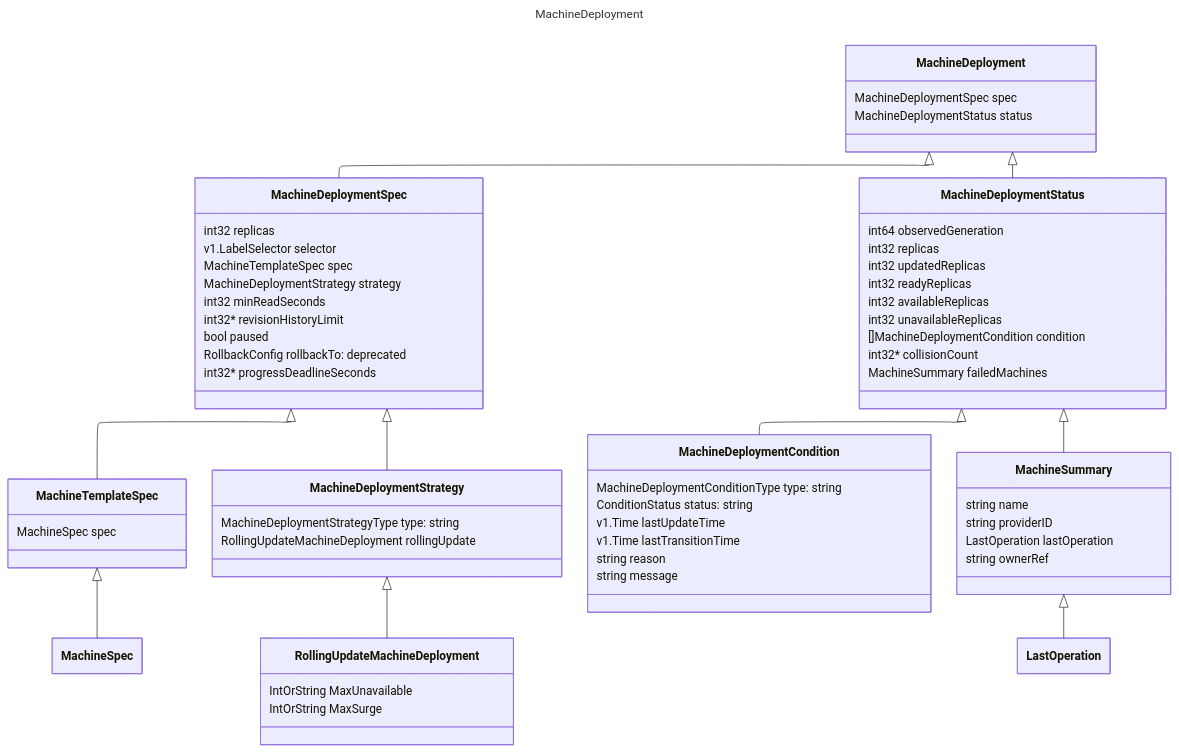
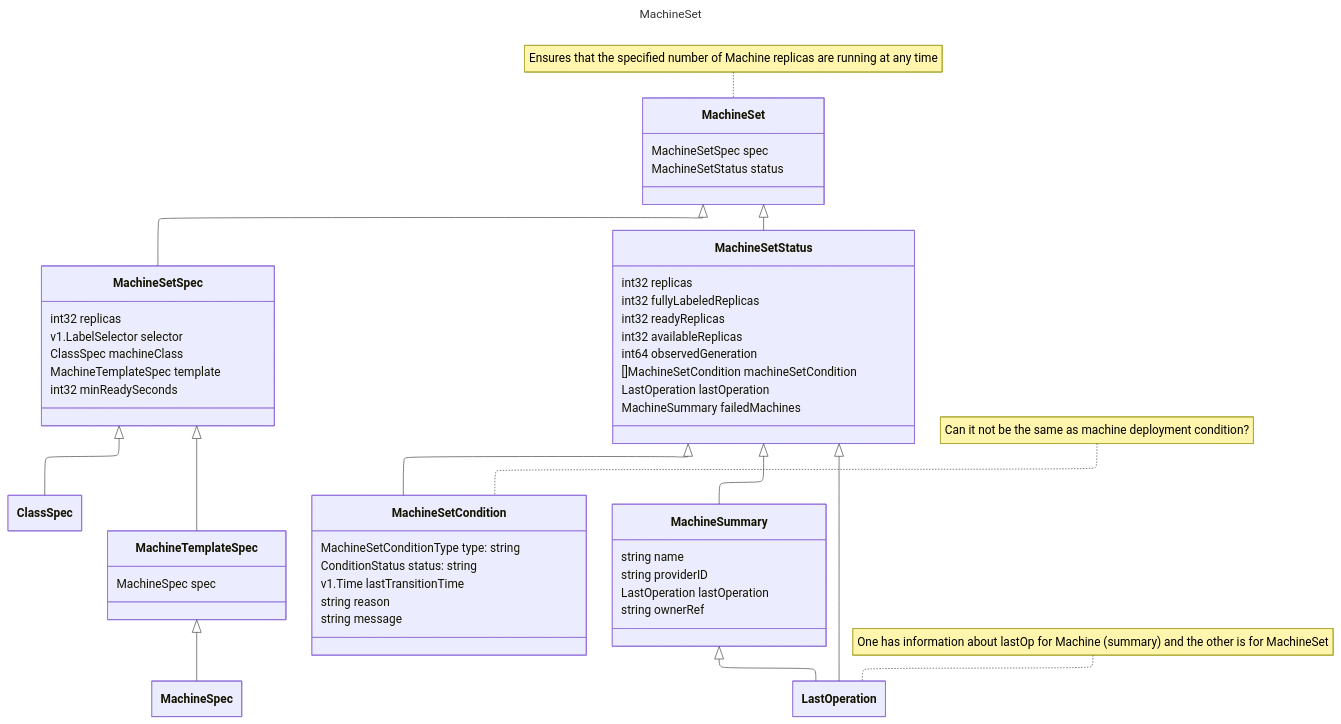
Before and after one commit to brongulus/brongulus.github.io: the third of 4 diagrams in content/notes/20241129T160749--mcm__k8s_sap_work.md, drawn with Mermaid. The commit also changed other lines of this file and 34 other files, not shown here.

````diff
--- a/content/notes/20241129T160749--mcm__k8s_sap_work.md
+++ b/content/notes/20241129T160749--mcm__k8s_sap_work.md
@@ -131,79 +155,67 @@
 ```mermaid
 ---
-title: MachineDeployment
+title: MachineSet
 config:
   layout: elk
   class:
     hideEmptyMembersBox: true
 ---
+%%{init: { 'themeVariables': { 'lineColor': '#51565b'}}}%%
 classDiagram
- %% Deployment ---------------------------------
-   MachineDeployment <|-- MachineDeploymentSpec
-   MachineDeployment <|-- MachineDeploymentStatus
-   class MachineDeployment{
-   MachineDeploymentSpec spec
-   MachineDeploymentStatus status
+ %% MachineSet ---------------------------------
+   note for MachineSet "Ensures that the specified number of Machine replicas are running at any time"
+   MachineSet <|-- MachineSetSpec
+   MachineSet <|-- MachineSetStatus
+   class MachineSet{
+   MachineSetSpec spec
+   MachineSetStatus status
    }
-   %%--
-   MachineDeploymentSpec <|-- MachineTemplateSpec
-   MachineDeploymentSpec <|-- MachineDeploymentStrategy
-   class MachineDeploymentSpec{
+
+   MachineSetSpec <|-- ClassSpec
+   MachineSetSpec <|-- MachineTemplateSpec
+   class MachineSetSpec{
    int32 replicas
    v1.LabelSelector selector
-   MachineTemplateSpec spec
-   MachineDeploymentStrategy strategy
-   int32 minReadSeconds
-   int32* revisionHistoryLimit
-   bool paused
-   RollbackConfig rollbackTo: deprecated
-   int32* progressDeadlineSeconds
+   ClassSpec machineClass
+   MachineTemplateSpec template
+   int32 minReadySeconds
    }
 
    MachineTemplateSpec <|-- MachineSpec
    class MachineTemplateSpec{
    MachineSpec spec
    }
 
-   MachineDeploymentStrategy <|-- RollingUpdateMachineDeployment
-   class MachineDeploymentStrategy{
-   MachineDeploymentStrategyType type: string
-   RollingUpdateMachineDeployment rollingUpdate
-   }
-
-   class RollingUpdateMachineDeployment{
-   IntOrString MaxUnavailable
-   IntOrString MaxSurge
-   }
-   %%--
-   MachineDeploymentStatus <|-- MachineDeploymentCondition
-   MachineDeploymentStatus <|-- MachineSummary
-   class MachineDeploymentStatus{
-   int64 observedGeneration
+   MachineSetStatus <|-- MachineSetCondition
+   MachineSetStatus <|-- LastOperation
+   MachineSetStatus <|-- MachineSummary
+   class MachineSetStatus{
    int32 replicas
-   int32 updatedReplicas
+   int32 fullyLabeledReplicas
    int32 readyReplicas
    int32 availableReplicas
-   int32 unavailableReplicas
-   []MachineDeploymentCondition condition
-   int32* collisionCount
+   int64 observedGeneration
+   []MachineSetCondition machineSetCondition
+   LastOperation lastOperation
    MachineSummary failedMachines
-   }
-
-   class MachineDeploymentCondition{
-   MachineDeploymentConditionType type: string
-   ConditionStatus status: string
-   v1.Time lastUpdateTime
-   v1.Time lastTransitionTime
-   string reason
-   string message
    }
 
    MachineSummary <|-- LastOperation
    class MachineSummary{
    string name
    string providerID
    LastOperation lastOperation
    string ownerRef
    }
 
+   class MachineSetCondition{
+   MachineSetConditionType type: string
+   ConditionStatus status: string
+   v1.Time lastTransitionTime
+   string reason
+   string message
+   }
+
+   note for MachineSetCondition "Can it not be the same as machine deployment condition?"
+   note for LastOperation "One has information about lastOp for Machine (summary) and the other is for MachineSet"
 ```
````
